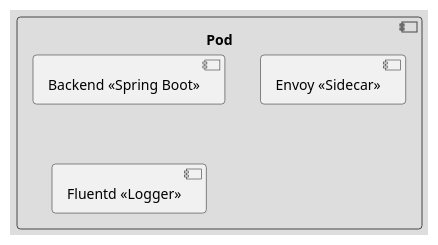
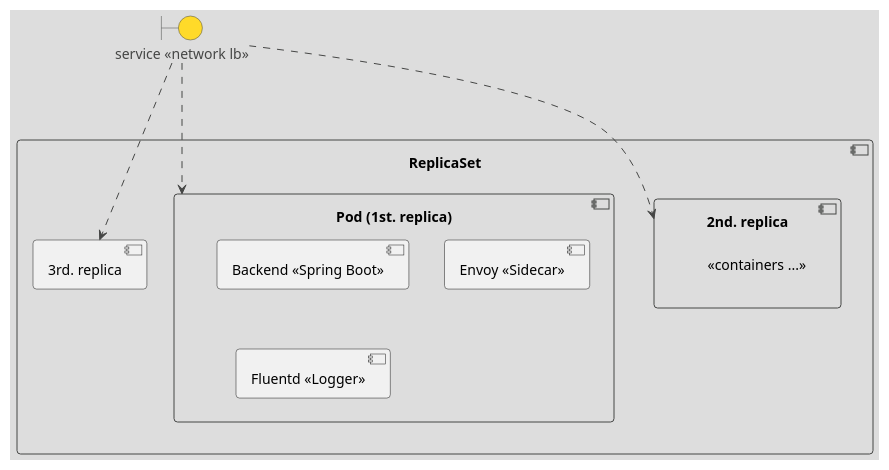
One commit to tuxtor/kubernetes-con-dibujitos changed the diagram in diagram.puml. Above: the diagram before and after it, drawn with PlantUML.

Commit message:
Replicaset and service

```diff
--- a/diagram.puml
+++ b/diagram.puml
@@ -1,12 +1,28 @@
 @startuml
 !theme toy
 
-    component pod as "Pod"{
+component rs as "ReplicaSet"{
+    
+    component pod as "Pod (1st. replica)"{
         component backend as "Backend <<Spring Boot>>"
 
         component mesh as "Envoy <<Sidecar>>"
 
         component other as "Fluentd <<Logger>>"
     }
 
+    component pod2 as "2nd. replica" {
+        label "<<containers ...>>"
+    }
+    component pod3 as "3rd. replica"{
+        label "<<containers ...>>"
+    }
+}
+
+boundary service as "service <<network lb>>"
+
+service ...> pod
+service ...> pod2
+service ...> pod3
+
 @enduml
```
